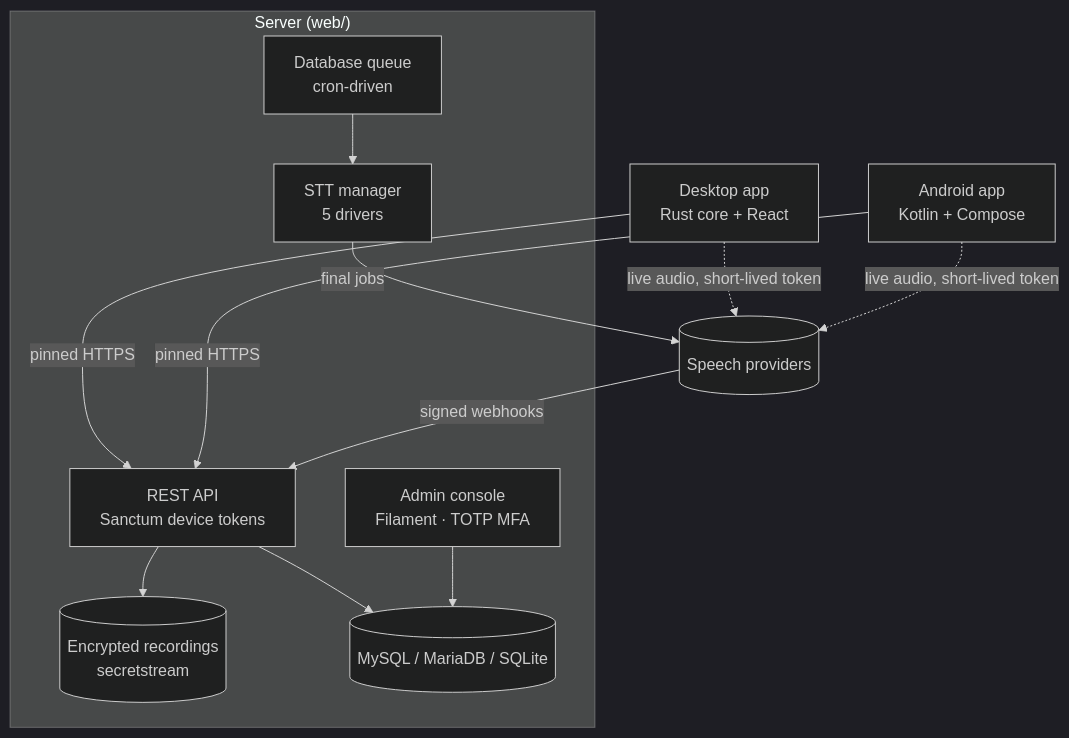
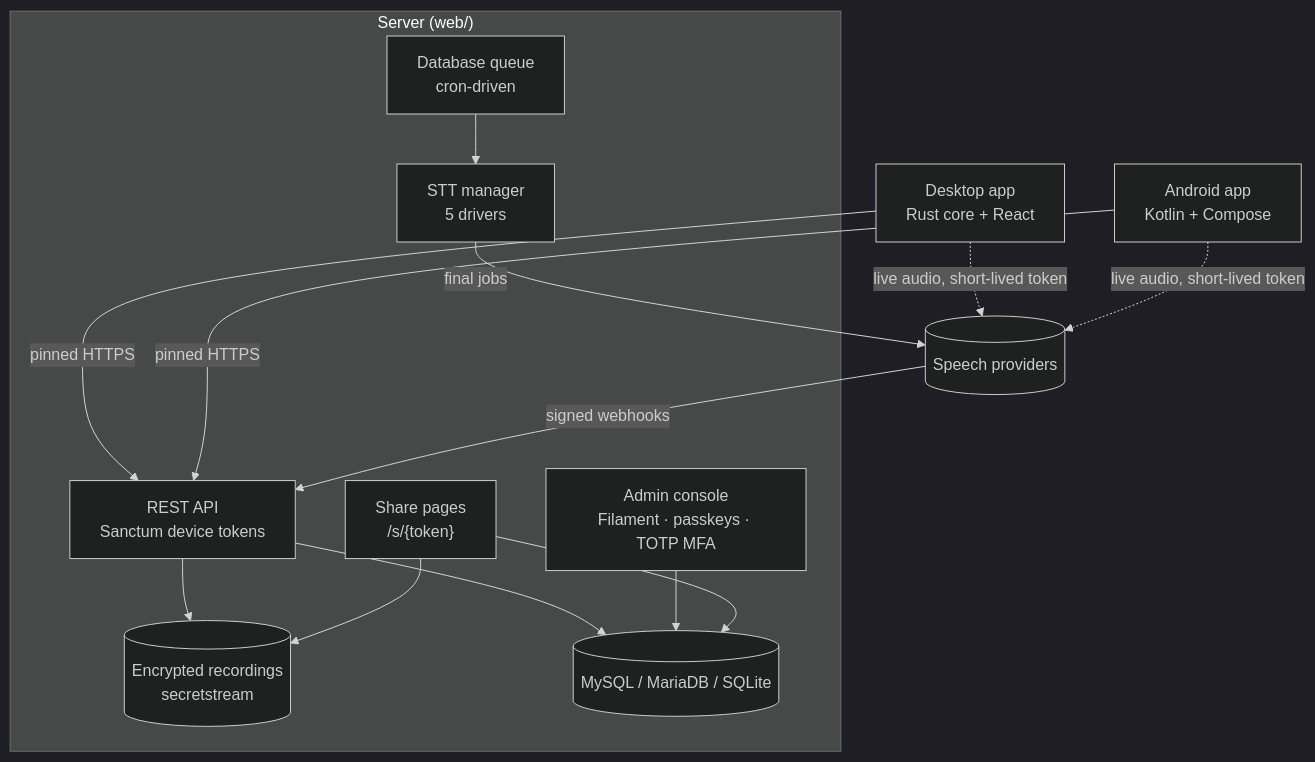
Before and after one commit to skillLeo/echo-ledger: the first of 3 diagrams in docs/ARCHITECTURE.md, drawn with Mermaid (dark theme). The commit also changed other lines of this file and 23 other files, not shown here.

````diff
--- a/docs/ARCHITECTURE.md
+++ b/docs/ARCHITECTURE.md
@@ -7,21 +7,24 @@
 ```mermaid
 flowchart TB
     subgraph Server["Server (web/)"]
         API["REST API<br/>Sanctum device tokens"]
-        ADM["Admin console<br/>Filament · TOTP MFA"]
+        ADM["Admin console<br/>Filament · passkeys · TOTP MFA"]
+        PUB["Share pages<br/>/s/{token}"]
         Q["Database queue<br/>cron-driven"]
         STT["STT manager<br/>5 drivers"]
         ST[("Encrypted recordings<br/>secretstream")]
         DB[("MySQL / MariaDB / SQLite")]
     end
     D["Desktop app<br/>Rust core + React"] -->|pinned HTTPS| API
     A["Android app<br/>Kotlin + Compose"] -->|pinned HTTPS| API
     API --> DB
     API --> ST
     ADM --> DB
+    PUB --> DB
+    PUB --> ST
     Q --> STT
     STT -->|final jobs| P[("Speech providers")]
     P -->|signed webhooks| API
     D -.->|live audio, short-lived token| P
     A -.->|live audio, short-lived token| P
 ```
````
